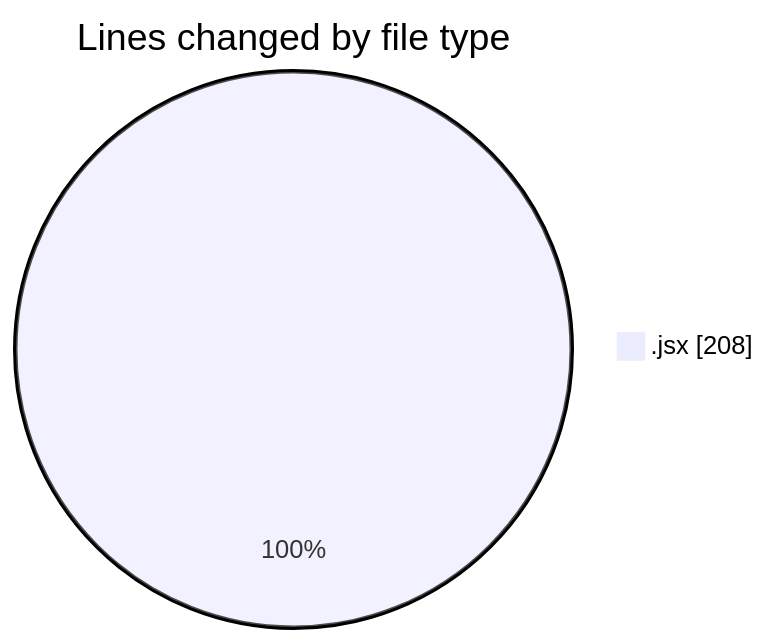
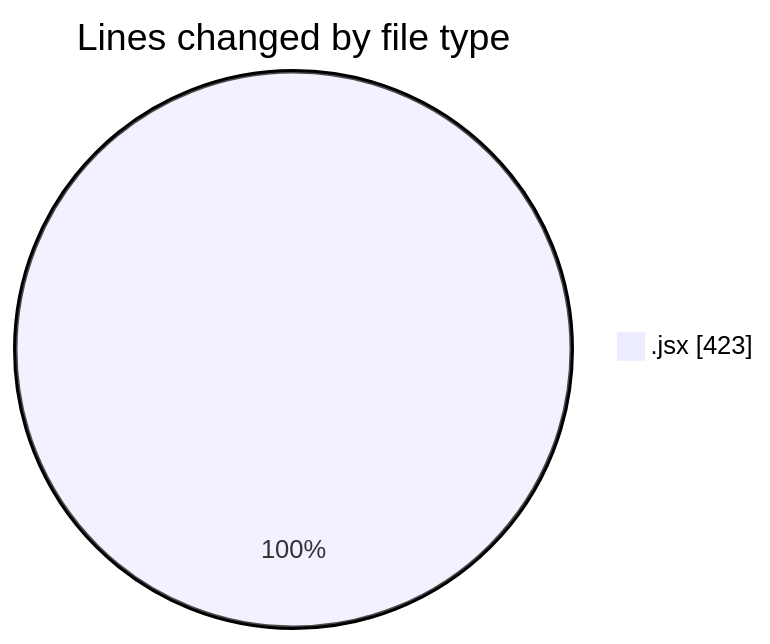
One commit to momahboobian/code-tracking changed the first of 2 diagrams in 2026-02-10/cda/README.md. Above: the diagram before and after it, drawn with Mermaid. The commit also changed other lines of this file and 1 other file, not shown here.

````diff
--- a/2026-02-10/cda/README.md
+++ b/2026-02-10/cda/README.md
@@ -21,5 +21,5 @@
 ```mermaid
 pie showData
 title Lines changed by file type
-".jsx" : 208
+".jsx" : 423
 ```
````
